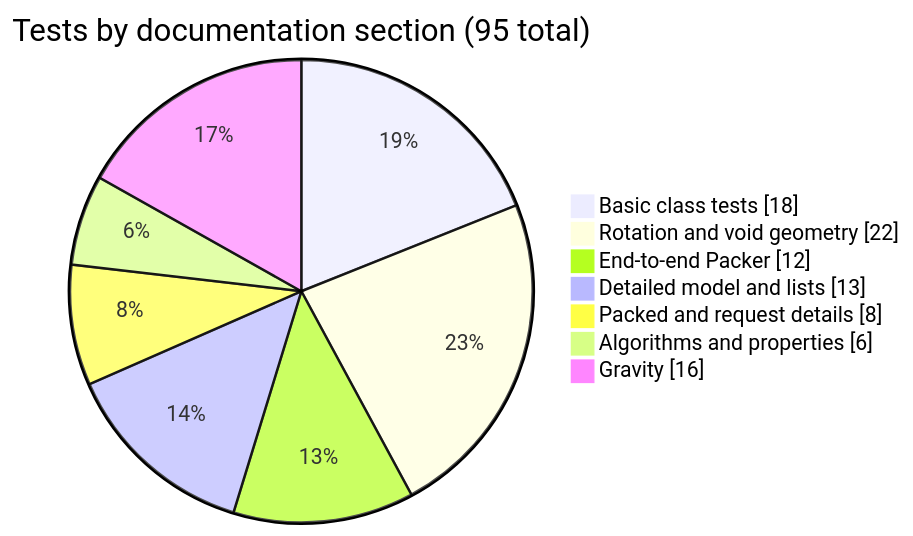
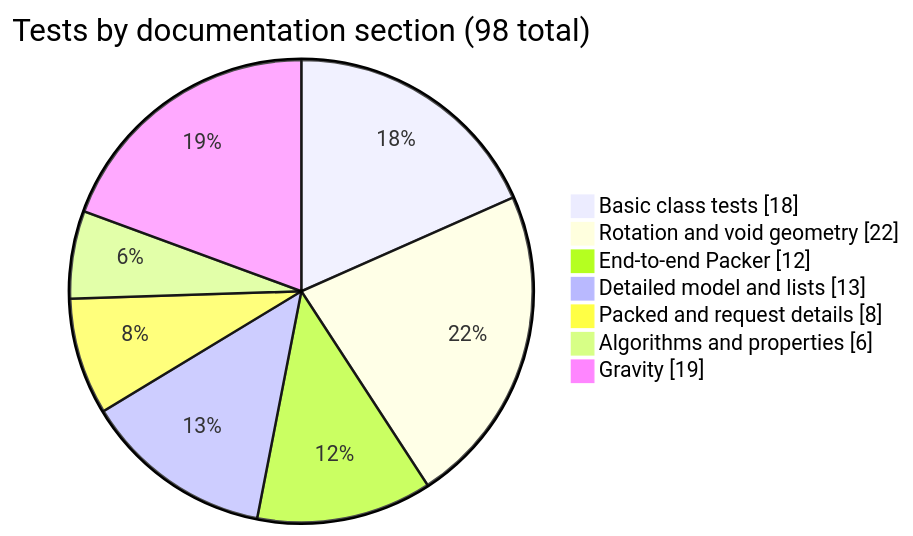
One commit to FantasticDivision/Solver changed the ninth of 9 diagrams in tests/TEST_GUIDE.md. Above: the diagram before and after it, drawn with Mermaid. The commit also changed other lines of this file and 10 other files, not shown here.

````diff
--- a/tests/TEST_GUIDE.md
+++ b/tests/TEST_GUIDE.md
@@ -364,11 +368,11 @@
 ```mermaid
 pie showData
-    title Tests by documentation section (95 total)
+    title Tests by documentation section (98 total)
     "Basic class tests" : 18
     "Rotation and void geometry" : 22
     "End-to-end Packer" : 12
     "Detailed model and lists" : 13
     "Packed and request details" : 8
     "Algorithms and properties" : 6
-    "Gravity" : 16
+    "Gravity" : 19
 ```
````
